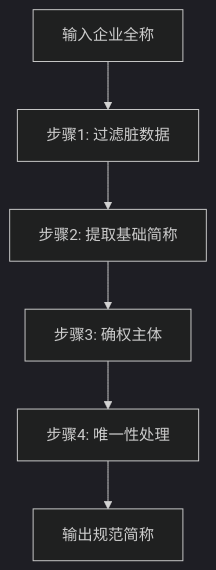
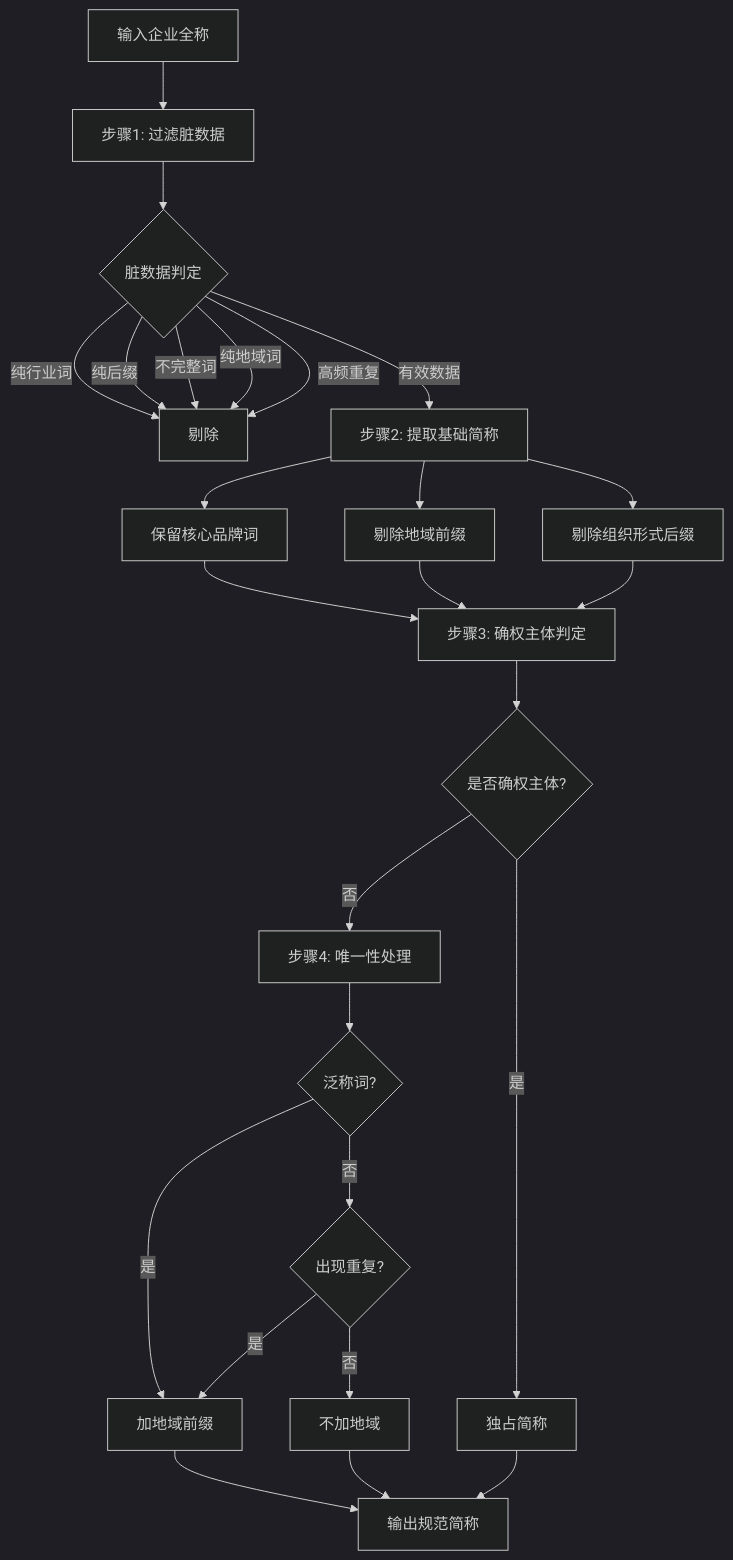
The diagram in README.md (ayulu01-crypto/company-short-name), drawn with Mermaid (dark theme) before and after one commit. The commit also changed other lines of this file, not shown here.

````diff
--- a/README.md
+++ b/README.md
@@ -31,8 +31,33 @@
 ```mermaid
 graph TD
     A[输入企业全称] --> B[步骤1: 过滤脏数据]
-    B --> C[步骤2: 提取基础简称]
-    C --> D[步骤3: 确权主体]
-    D --> E[步骤4: 唯一性处理]
-    E --> F[输出规范简称]
+    B --> C{脏数据判定}
+    C -->|纯行业词| D[剔除]
+    C -->|纯后缀| D
+    C -->|不完整词| D
+    C -->|纯地域词| D
+    C -->|高频重复| D
+    C -->|有效数据| E[步骤2: 提取基础简称]
+
+    E --> F[保留核心品牌词]
+    E --> G[剔除地域前缀]
+    E --> H[剔除组织形式后缀]
+
+    F --> I[步骤3: 确权主体判定]
+    G --> I
+    H --> I
+
+    I --> J{是否确权主体?}
+    J -->|是| K[独占简称]
+    J -->|否| L[步骤4: 唯一性处理]
+
+    L --> M{泛称词?}
+    M -->|是| N[加地域前缀]
+    M -->|否| O{出现重复?}
+    O -->|是| N
+    O -->|否| P[不加地域]
+
+    N --> Q[输出规范简称]
+    P --> Q
+    K --> Q
 ```
````
